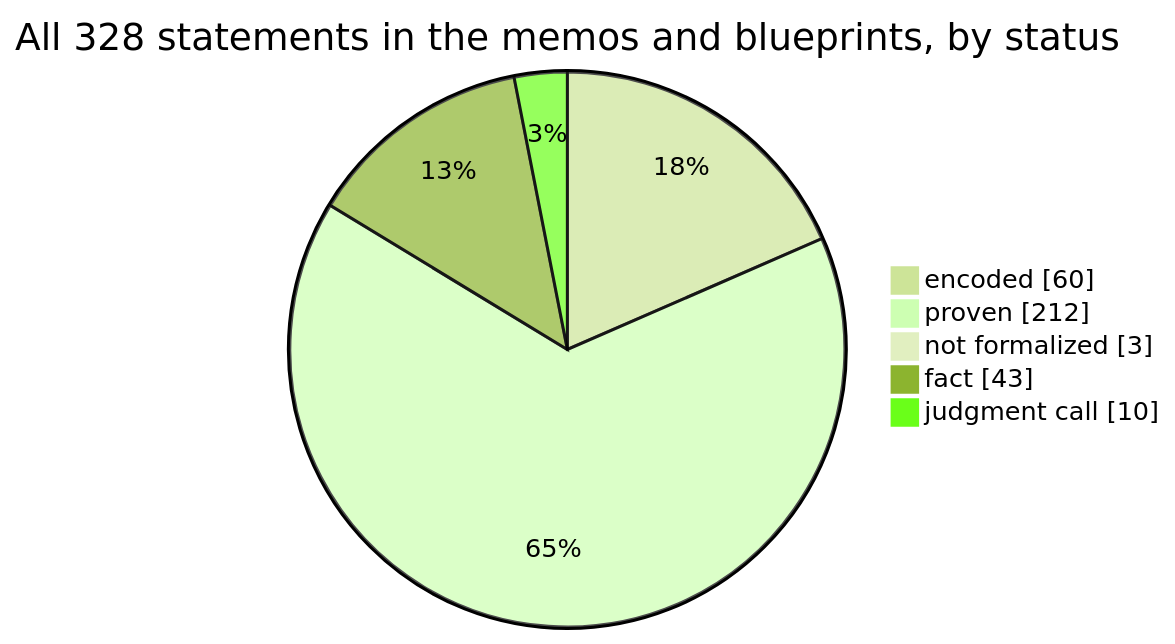
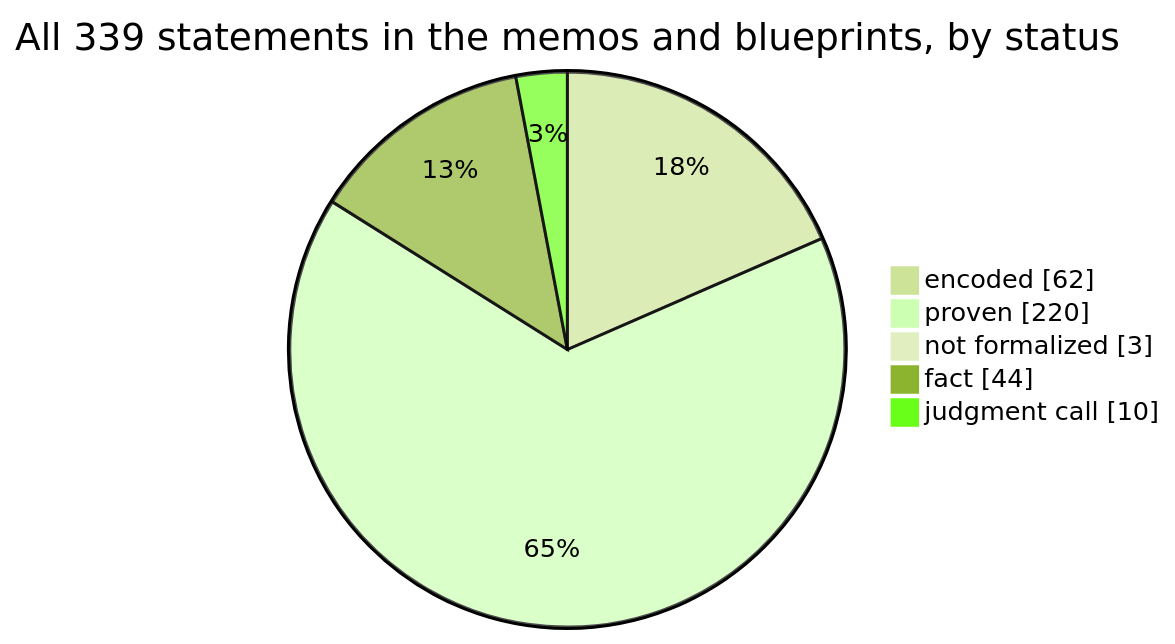
The first of 4 diagrams in docs/graphs/dashboard.md (SeanWMurray/Canteen), drawn with Mermaid (forest theme) before and after one commit. The commit also changed other lines of this file and 31 other files, not shown here.

````diff
--- a/docs/graphs/dashboard.md
+++ b/docs/graphs/dashboard.md
@@ -11,8 +11,8 @@
 ```mermaid
-pie showData title All 328 statements in the memos and blueprints, by status
-    "encoded" : 60
-    "proven" : 212
+pie showData title All 339 statements in the memos and blueprints, by status
+    "encoded" : 62
+    "proven" : 220
     "not formalized" : 3
-    "fact" : 43
+    "fact" : 44
     "judgment call" : 10
 ```
````
